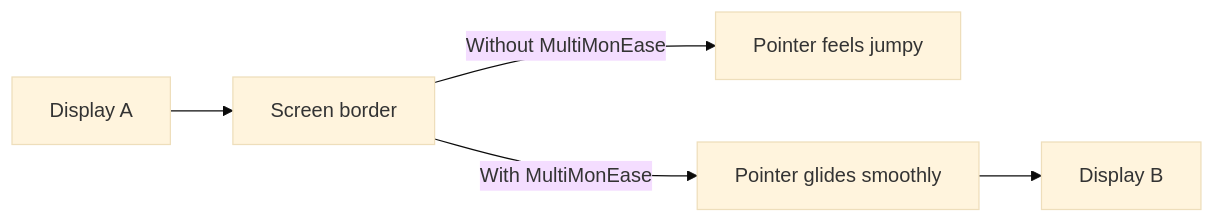
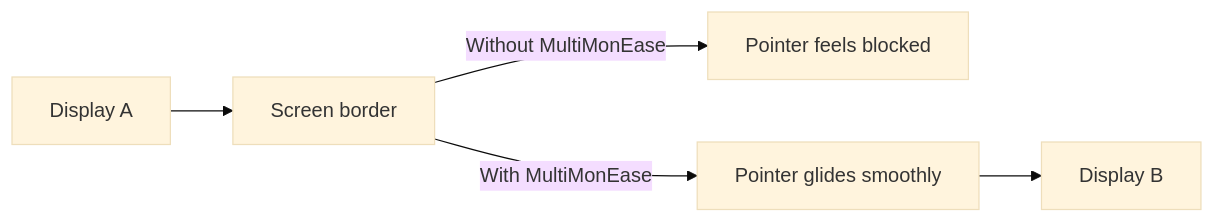
The diagram in README.md (meziantou/Meziantou.MultiMonEase), drawn with Mermaid (base theme) before and after one commit. The commit also changed other lines of this file, not shown here.

````diff
--- a/README.md
+++ b/README.md
@@ -16,7 +16,7 @@
 ```mermaid
 flowchart LR
     A["Display A"] --> B["Screen border"]
-    B -->|Without MultiMonEase| C["Pointer feels jumpy"]
+    B -->|Without MultiMonEase| C["Pointer feels blocked"]
     B -->|With MultiMonEase| D["Pointer glides smoothly"]
     D --> E["Display B"]
 ```
````
